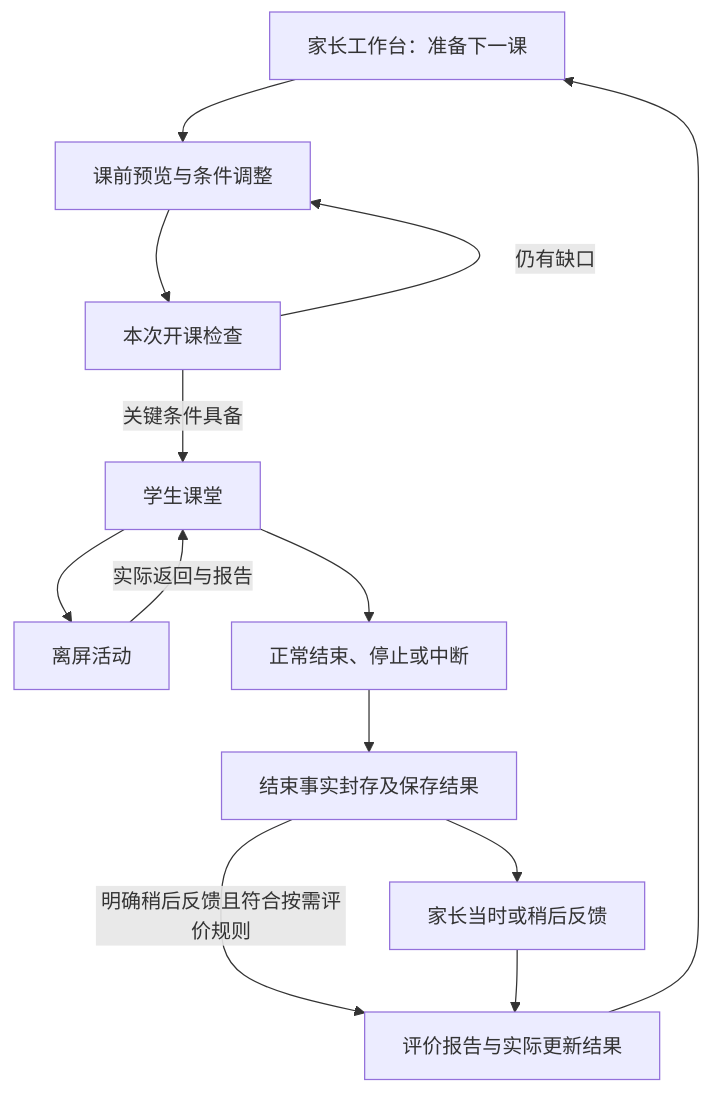
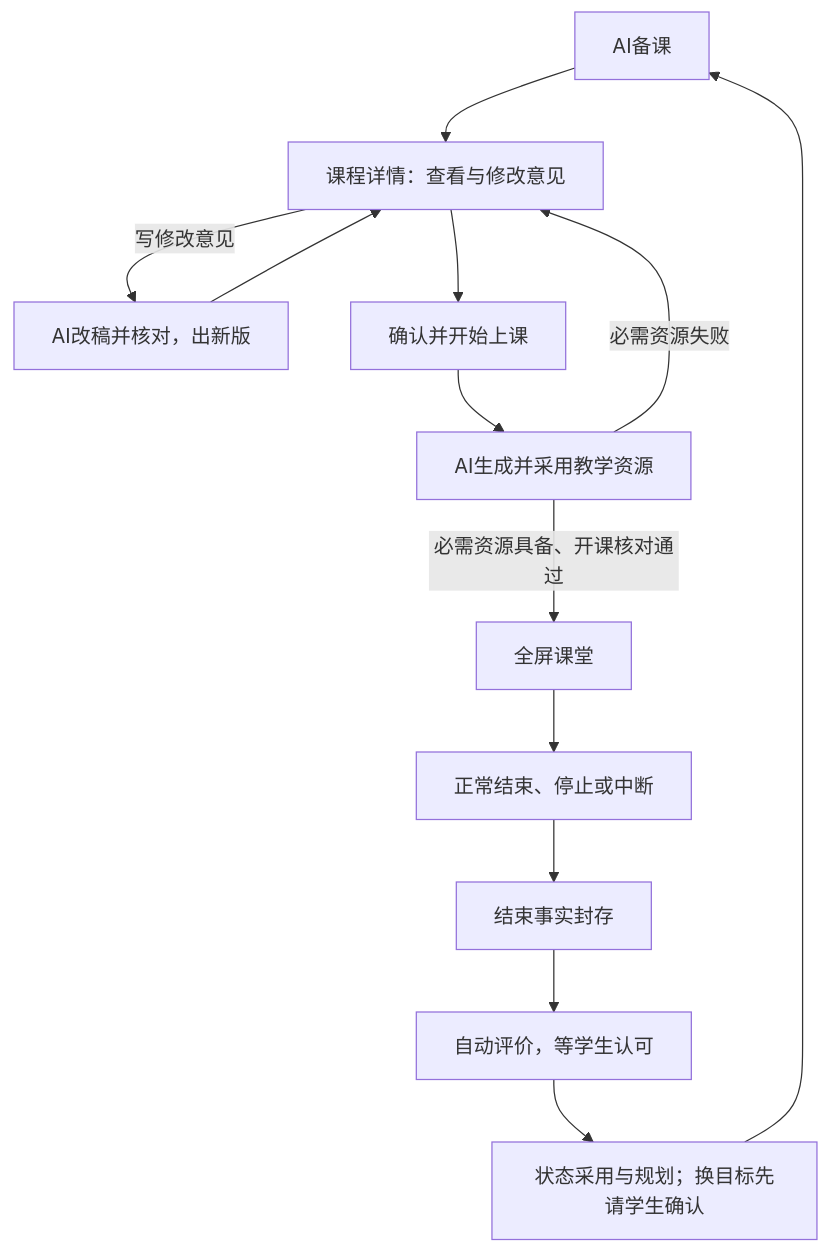
The diagram in design/interface/preview-start.md (AltairEven/ProjectJ), drawn with Mermaid before and after one commit. The commit also changed other lines of this file and 118 other files, not shown here.

````diff
--- a/design/interface/preview-start.md
+++ b/design/interface/preview-start.md
@@ -11,15 +11,15 @@
 ```mermaid
 flowchart TD
-    A[家长工作台：准备下一课] --> B[课前预览与条件调整]
-    B --> C[本次开课检查]
-    C -->|关键条件具备| D[学生课堂]
-    C -->|仍有缺口| B
-    D --> E[离屏活动]
-    E -->|实际返回与报告| D
+    A[AI备课] --> B[课程详情：查看与修改意见]
+    B -->|写修改意见| A2[AI改稿并核对，出新版]
+    A2 --> B
+    B --> C[确认并开始上课]
+    C --> R[AI生成并采用教学资源]
+    R -->|必需资源具备、开课核对通过| D[全屏课堂]
+    R -->|必需资源失败| B
     D --> F[正常结束、停止或中断]
-    F --> S[结束事实封存及保存结果]
-    S --> G[家长当时或稍后反馈]
-    S -->|明确稍后反馈且符合按需评价规则| H
-    G --> H[评价报告与实际更新结果]
-    H --> A
+    F --> S[结束事实封存]
+    S --> E[自动评价，等学生认可]
+    E --> P[状态采用与规划；换目标先请学生确认]
+    P --> A
 ```
````
